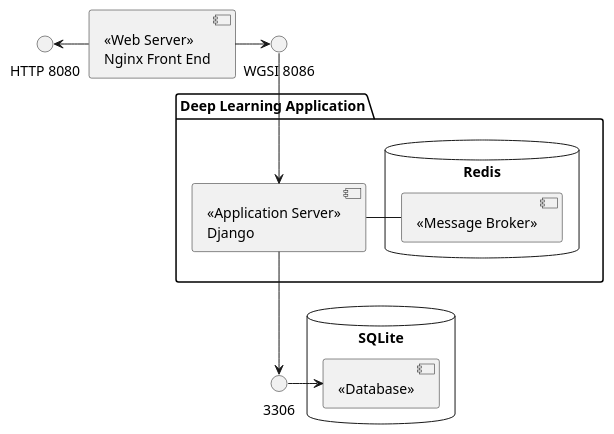
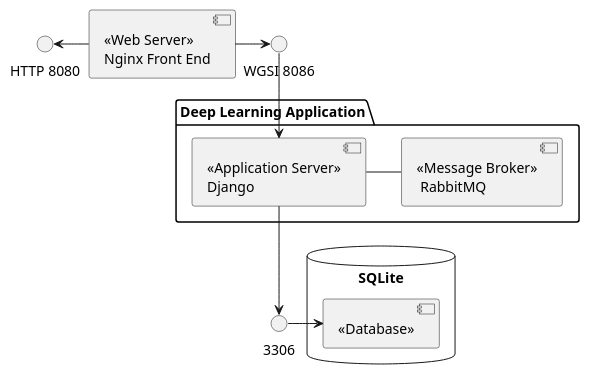
One commit to rachit-ranjan16/Kiera changed the diagram in design/ComponentDiag.pu. Above: the diagram before and after it, drawn with PlantUML. The commit also changed 8 other files, not shown here.

Commit message:
Refactoring Added Celery for Async POST Call Updated Design Diagram

```diff
--- a/design/ComponentDiag.pu
+++ b/design/ComponentDiag.pu
@@ -1,24 +1,22 @@
 @startuml
 
 [<<Web Server>>\nNginx Front End] as Nginx
 
 package "Deep Learning Application" {
     [<<Application Server>>\nDjango] as Django
-    database "Redis" {
-        [<<Message Broker>>] as MB
-    }
+    [<<Message Broker>>\n RabbitMQ] as MB
 }
 database "SQLite" {
  [<<Database>>] as DB
 }
 interface "HTTP 8080" as HTTP
 interface "WGSI 8086" as DjServer
 interface "3306" as DBPort
 Nginx -left-> HTTP
 Nginx -right-> DjServer
 DjServer -down-> Django
 Django -down-> DBPort
 Django -right- MB
 DBPort -right-> DB
 
 @enduml
```
